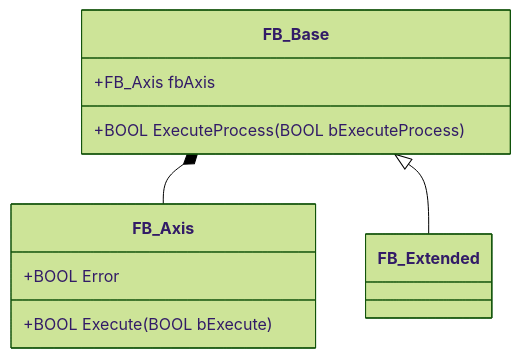
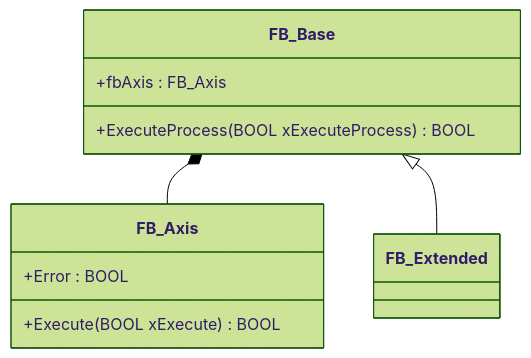
The fourth of 8 diagrams in AAut_MOD_01_IEC_61131_OOP_Introduction/Programmation_IEC_61131_3_FR.md (hei-synd-aaut/aaut-docs), drawn with Mermaid (forest theme) before and after one commit. The commit also changed other lines of this file and 1 other file, not shown here.

````diff
--- a/AAut_MOD_01_IEC_61131_OOP_Introduction/Programmation_IEC_61131_3_FR.md
+++ b/AAut_MOD_01_IEC_61131_OOP_Introduction/Programmation_IEC_61131_3_FR.md
@@ -617,19 +617,19 @@
 ```mermaid
 classDiagram
     class FB_Base {
-        +FB_Axis fbAxis
-        +BOOL ExecuteProcess(BOOL bExecuteProcess)
+        +fbAxis : FB_Axis 
+        +ExecuteProcess(BOOL xExecuteProcess) BOOL 
     }
 
     class FB_Axis {
-        +BOOL Execute(BOOL bExecute)
-        +BOOL Error
+        +Execute(BOOL xExecute) BOOL 
+        +Error : BOOL
     }
 
     class FB_Extended {
     }
 
 FB_Base *-- FB_Axis
 FB_Base <|-- FB_Extended
 
 ```
````
